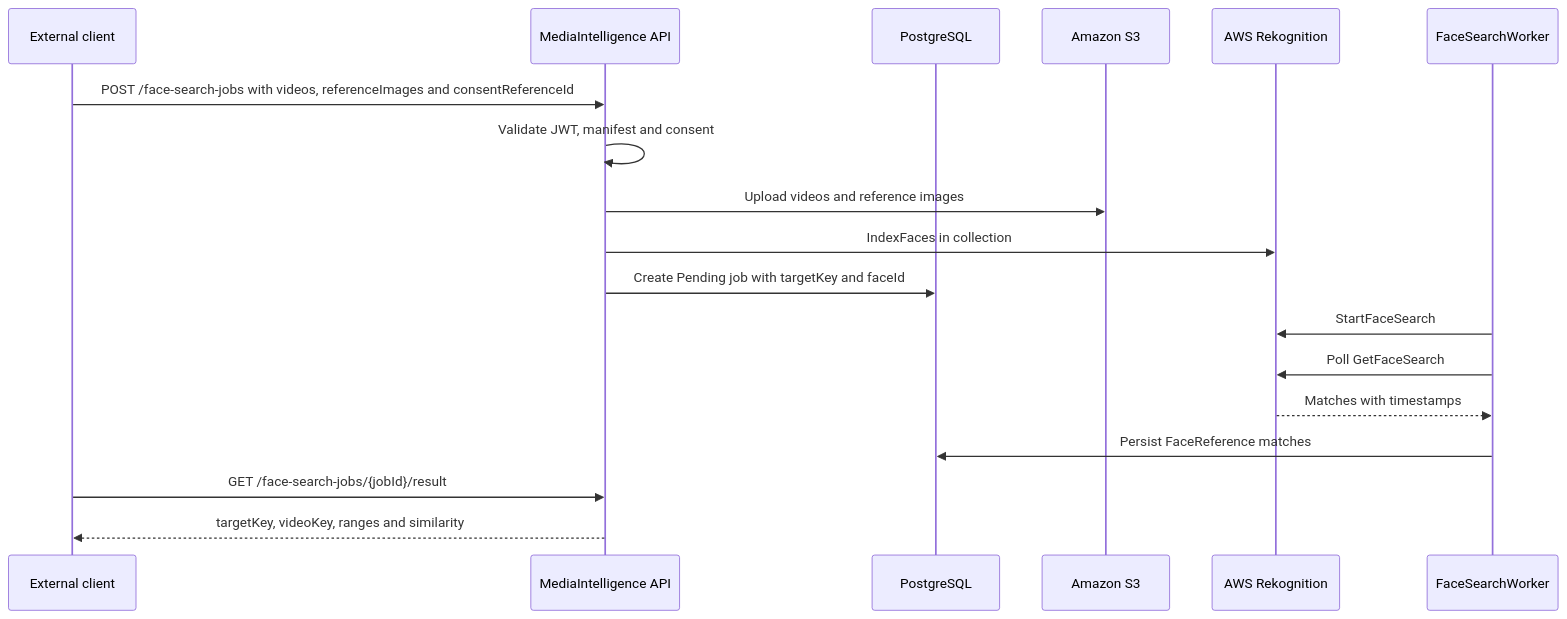
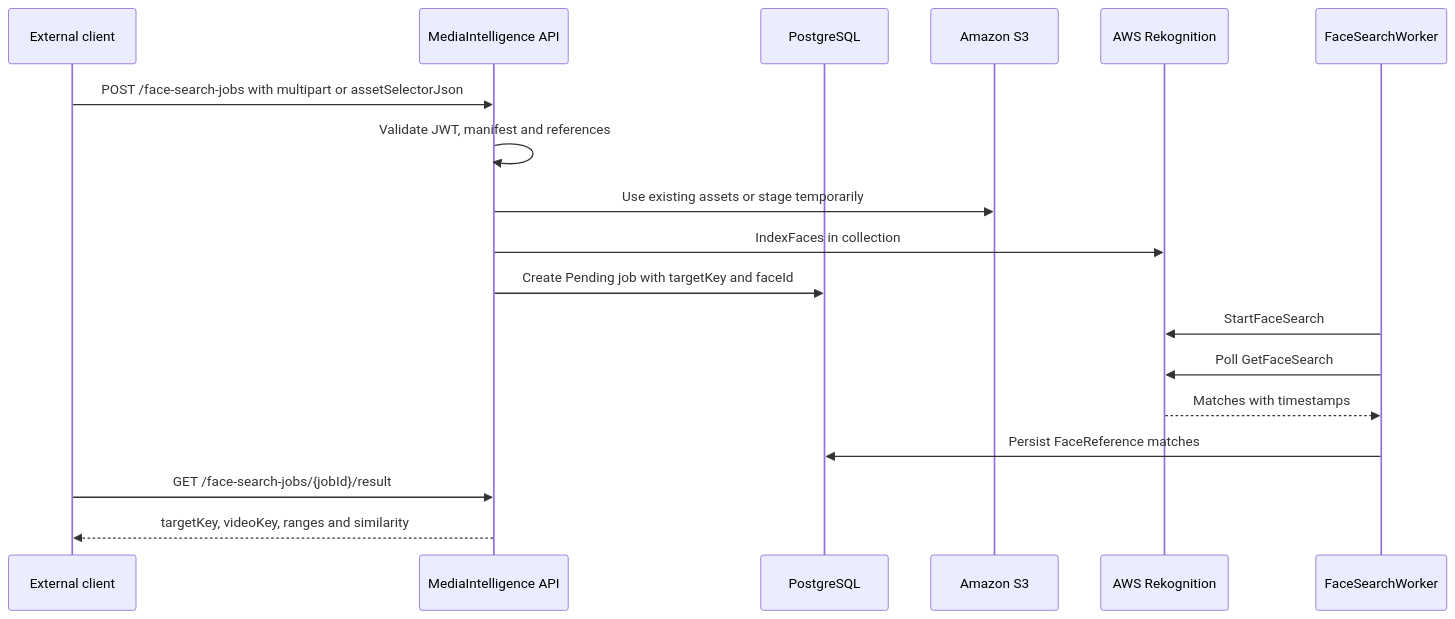
The second of 2 diagrams in docs/aws-rekognition-face-search.en.md (lokomurdok89/DeValpo.MediaIntelligence), drawn with Mermaid before and after one commit. The commit also changed other lines of this file and 156 other files, not shown here.

Commit message:
Add cloud asset staging and image batch search

````diff
--- a/docs/aws-rekognition-face-search.en.md
+++ b/docs/aws-rekognition-face-search.en.md
@@ -211,21 +210,21 @@
 ```mermaid
 sequenceDiagram
     participant Client as External client
     participant API as MediaIntelligence API
     participant DB as PostgreSQL
     participant S3 as Amazon S3
     participant Rek as AWS Rekognition
     participant Worker as FaceSearchWorker
 
-    Client->>API: POST /face-search-jobs with videos, referenceImages and consentReferenceId
-    API->>API: Validate JWT, manifest and consent
-    API->>S3: Upload videos and reference images
+    Client->>API: POST /face-search-jobs with multipart or assetSelectorJson
+    API->>API: Validate JWT, manifest and references
+    API->>S3: Use existing assets or stage temporarily
     API->>Rek: IndexFaces in collection
     API->>DB: Create Pending job with targetKey and faceId
     Worker->>Rek: StartFaceSearch
     Worker->>Rek: Poll GetFaceSearch
     Rek-->>Worker: Matches with timestamps
     Worker->>DB: Persist FaceReference matches
     Client->>API: GET /face-search-jobs/{jobId}/result
     API-->>Client: targetKey, videoKey, ranges and similarity
 ```
````
